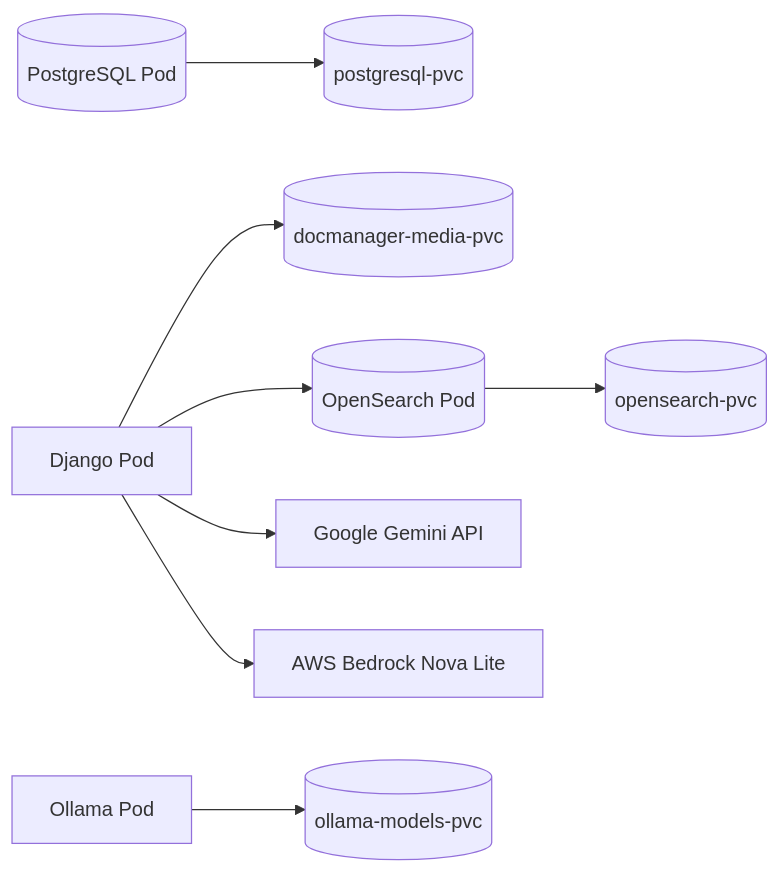
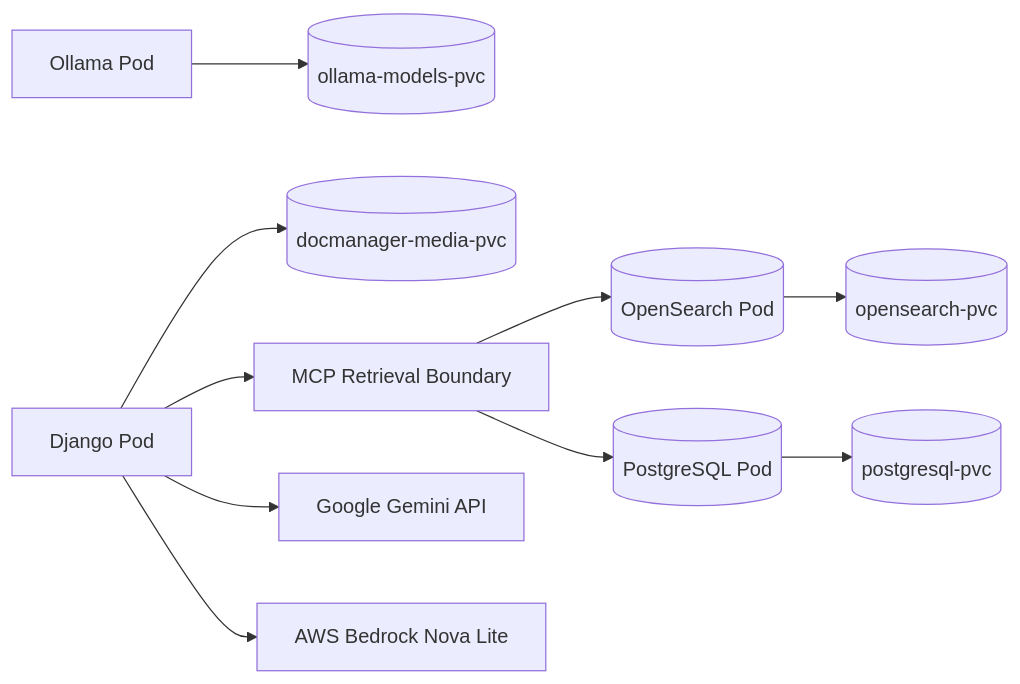
Before and after one commit to khaliqueaws-creator/document-management: the third of 3 diagrams in docs/deployment.md, drawn with Mermaid. The commit also changed other lines of this file and 16 other files, not shown here.

Commit message:
Add MCP retrieval observability

````diff
--- a/docs/deployment.md
+++ b/docs/deployment.md
@@ -230,10 +237,12 @@
 ```mermaid
 flowchart LR
     PostgreSQL[(PostgreSQL Pod)] --> DBPVC[(postgresql-pvc)]
     OpenSearch[(OpenSearch Pod)] --> SearchPVC[(opensearch-pvc)]
     Django[Django Pod] --> MediaPVC[(docmanager-media-pvc)]
     Ollama[Ollama Pod] --> ModelPVC[(ollama-models-pvc)]
-    Django --> OpenSearch
+    Django --> MCP[MCP Retrieval Boundary]
+    MCP --> OpenSearch
+    MCP --> PostgreSQL
     Django --> Gemini[Google Gemini API]
     Django --> Bedrock[AWS Bedrock Nova Lite]
 ```
````
